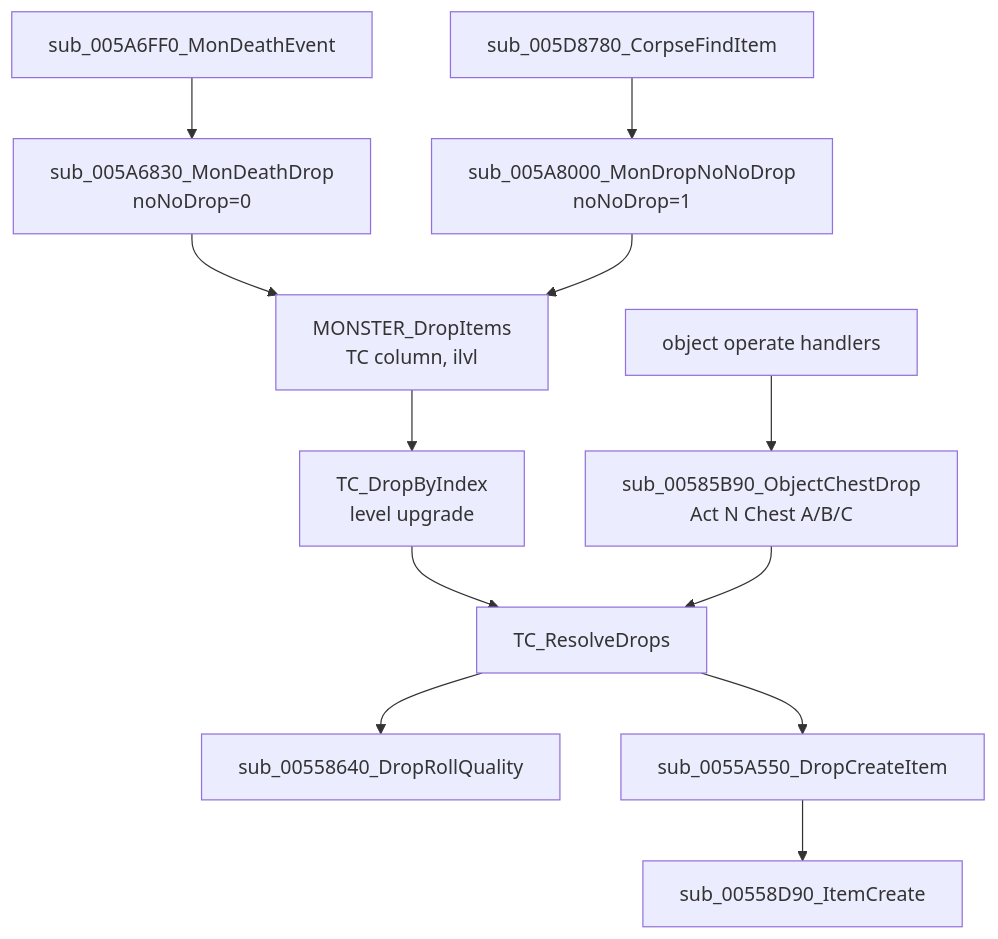
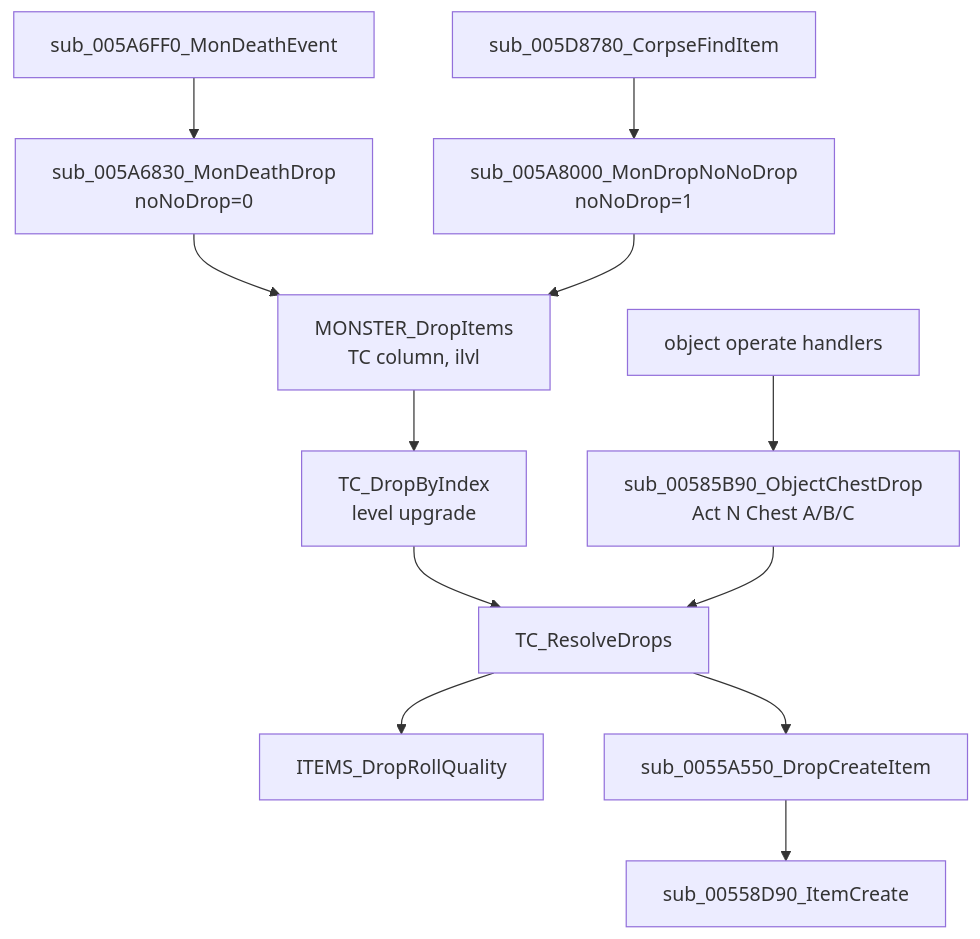
Before and after one commit to IgorKonovalov/diablo-2-recompilation: the diagram in docs/findings/items/0001-tc-resolution.md, drawn with Mermaid. The commit also changed other lines of this file and 17 other files, not shown here.

Commit message:
chore: rename sub_00558640_DropRollQuality to ITEMS_DropRollQuality (owner decision, plan 0010 F2)

````diff
--- a/docs/findings/items/0001-tc-resolution.md
+++ b/docs/findings/items/0001-tc-resolution.md
@@ -262,14 +262,14 @@
 ```mermaid
 flowchart TD
   D[sub_005A6FF0_MonDeathEvent] --> DD[sub_005A6830_MonDeathDrop<br/>noNoDrop=0]
   F[sub_005D8780_CorpseFindItem] --> FD[sub_005A8000_MonDropNoNoDrop<br/>noNoDrop=1]
   DD --> M[MONSTER_DropItems<br/>TC column, ilvl]
   FD --> M
   M --> W[TC_DropByIndex<br/>level upgrade]
   W --> R[TC_ResolveDrops]
   O[object operate handlers] --> C[sub_00585B90_ObjectChestDrop<br/>Act N Chest A/B/C]
   C --> R
-  R --> Q[sub_00558640_DropRollQuality]
+  R --> Q[ITEMS_DropRollQuality]
   R --> I[sub_0055A550_DropCreateItem]
   I --> IC[sub_00558D90_ItemCreate]
 ```
````
